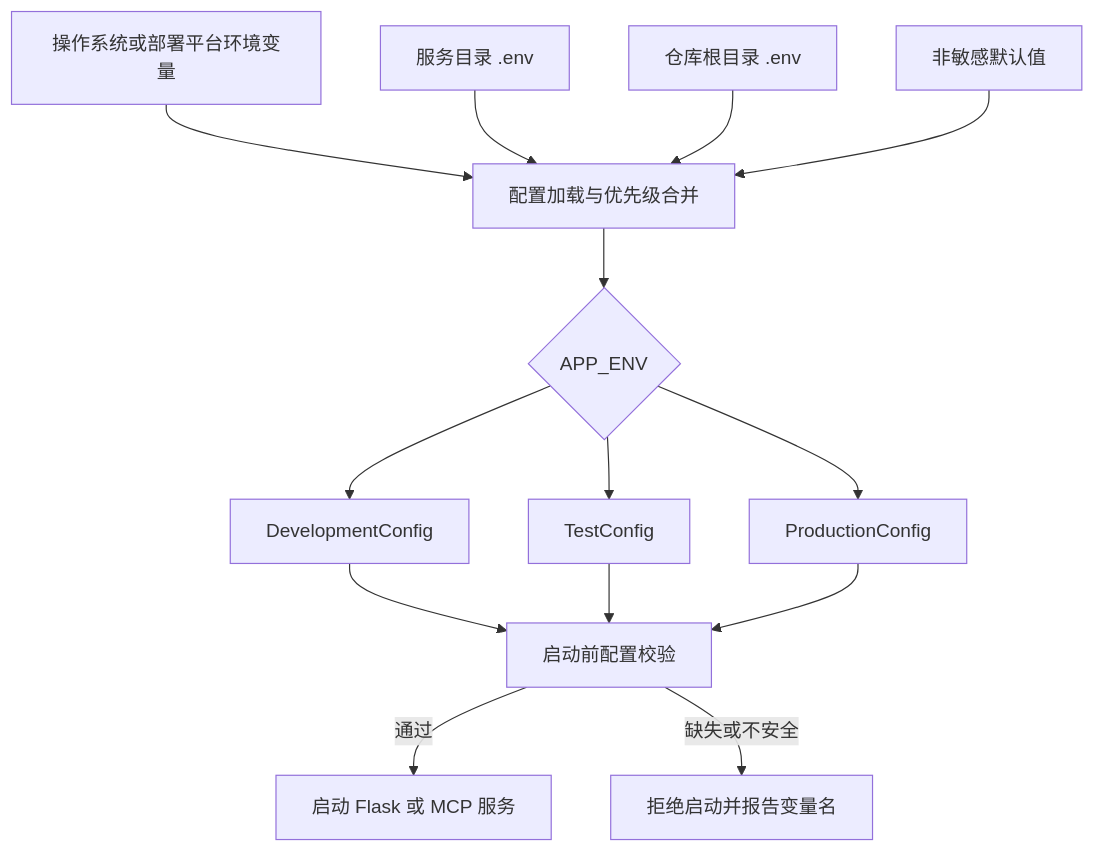
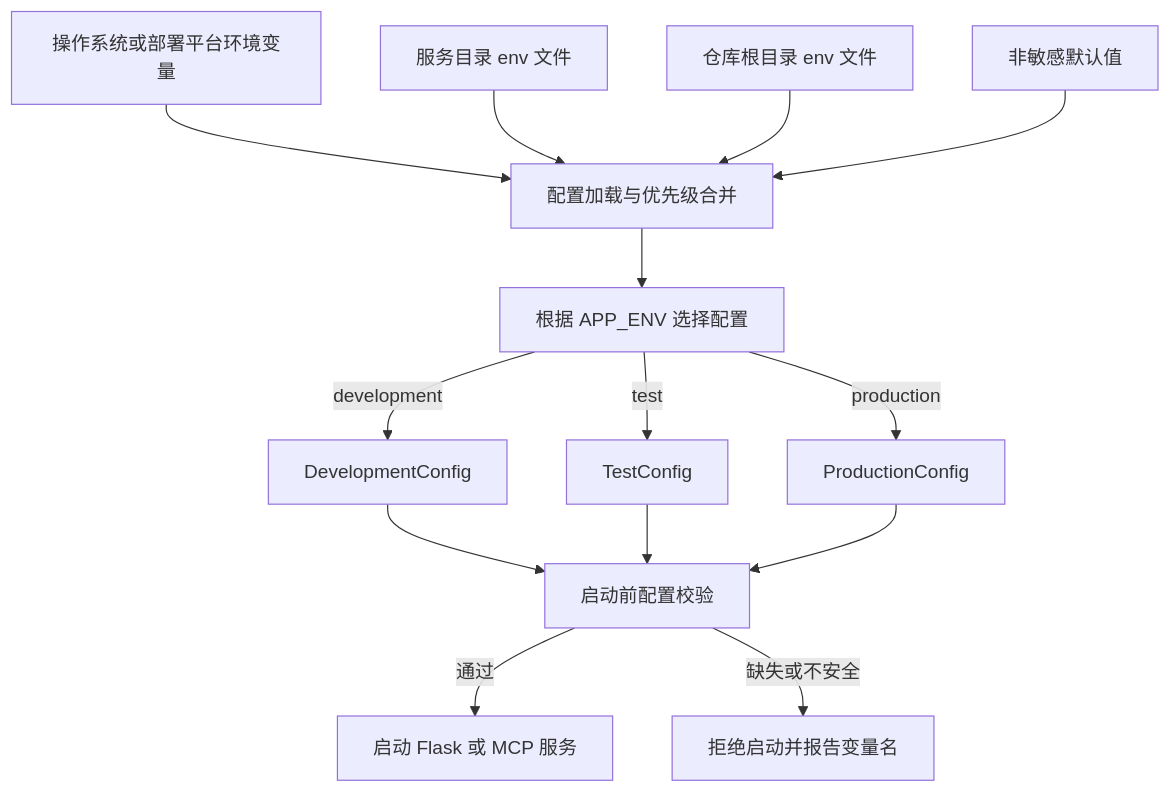
The second of 5 diagrams in docs/blogs/阶段0.1-敏感配置治理与安全基线.md (myth8/zzx-ai-agent), drawn with Mermaid before and after one commit. The commit also changed other lines of this file and 27 other files, not shown here.

````diff
--- a/docs/blogs/阶段0.1-敏感配置治理与安全基线.md
+++ b/docs/blogs/阶段0.1-敏感配置治理与安全基线.md
@@ -62,24 +58,17 @@
 ```mermaid
 flowchart TD
-    OS[操作系统或部署平台环境变量]
-    SERVICE[服务目录 .env]
-    ROOT[仓库根目录 .env]
-    DEFAULT[非敏感默认值]
-
-    OS --> LOAD[配置加载与优先级合并]
-    SERVICE --> LOAD
-    ROOT --> LOAD
-    DEFAULT --> LOAD
-
-    LOAD --> ENV{APP_ENV}
-    ENV --> DEV[DevelopmentConfig]
-    ENV --> TEST[TestConfig]
-    ENV --> PROD[ProductionConfig]
-
-    DEV --> VALIDATE[启动前配置校验]
+    OS["操作系统或部署平台环境变量"] --> LOAD["配置加载与优先级合并"]
+    SERVICE["服务目录 env 文件"] --> LOAD
+    ROOT["仓库根目录 env 文件"] --> LOAD
+    DEFAULT["非敏感默认值"] --> LOAD
+    LOAD --> ENV["根据 APP_ENV 选择配置"]
+    ENV -->|development| DEV["DevelopmentConfig"]
+    ENV -->|test| TEST["TestConfig"]
+    ENV -->|production| PROD["ProductionConfig"]
+    DEV --> VALIDATE["启动前配置校验"]
     TEST --> VALIDATE
     PROD --> VALIDATE
 
-    VALIDATE -->|通过| START[启动 Flask 或 MCP 服务]
-    VALIDATE -->|缺失或不安全| FAIL[拒绝启动并报告变量名]
+    VALIDATE -->|通过| START["启动 Flask 或 MCP 服务"]
+    VALIDATE -->|缺失或不安全| FAIL["拒绝启动并报告变量名"]
 ```
````
